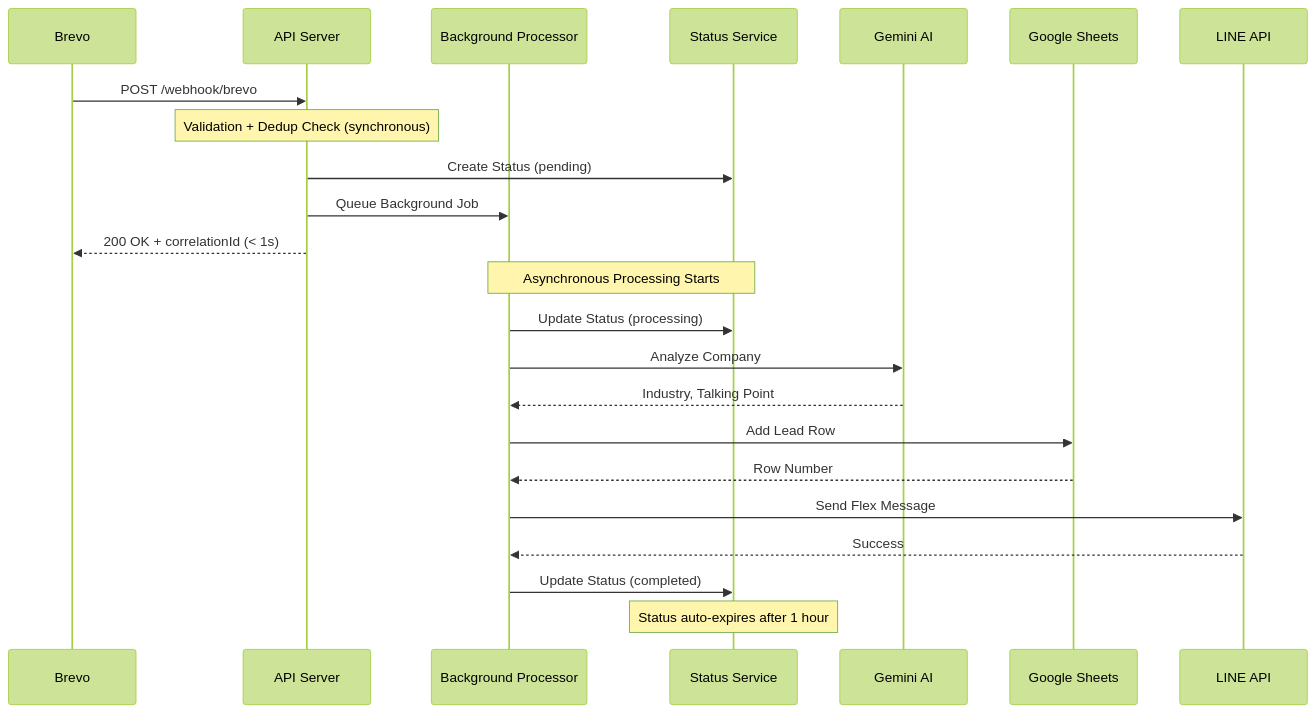
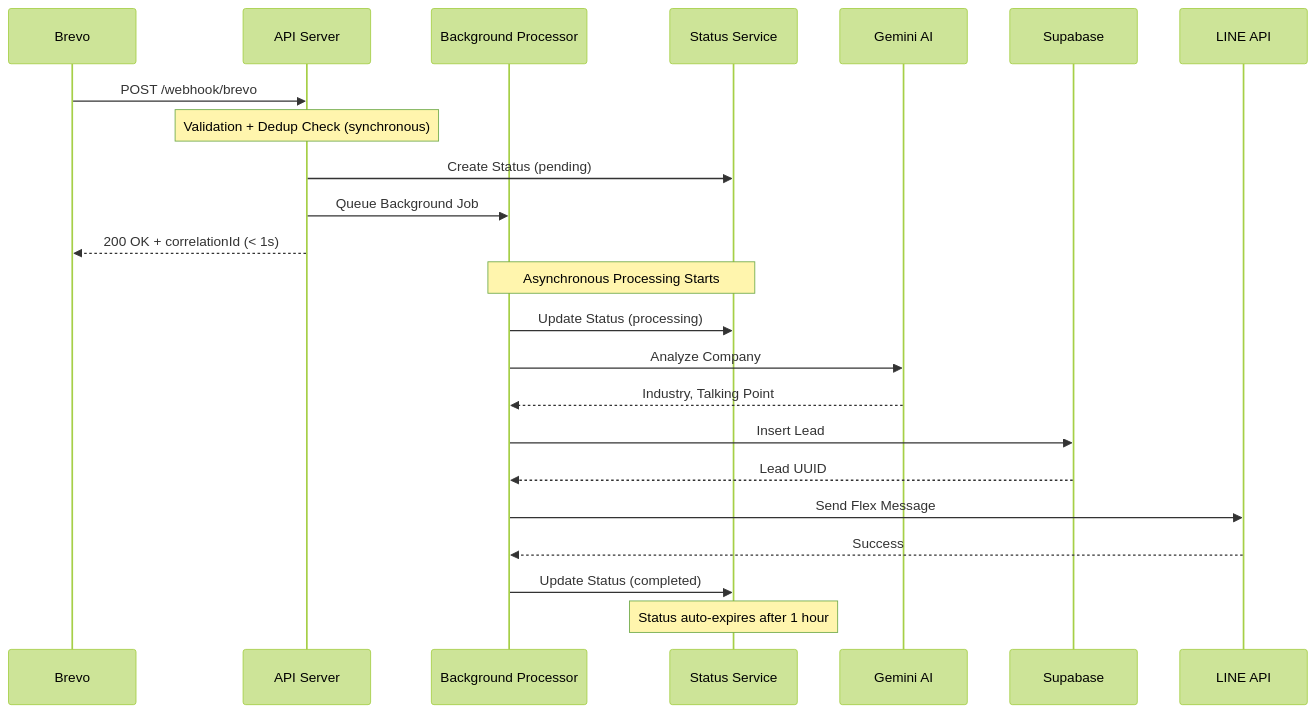
The fifth of 12 diagrams in docs/ARCHITECTURE.md (Jirawatpyk/ENEOS-Sales-Automation), drawn with Mermaid (forest theme) before and after one commit. The commit also changed other lines of this file and 40 other files, not shown here.

First line of the commit message:
feat: cleanup Google Sheets dependencies + update all docs to Supabase (Story 9-4)

````diff
--- a/docs/ARCHITECTURE.md
+++ b/docs/ARCHITECTURE.md
@@ -194,33 +196,33 @@
 ```mermaid
 sequenceDiagram
     participant B as Brevo
     participant API as API Server
     participant BG as Background Processor
     participant Status as Status Service
     participant AI as Gemini AI
-    participant S as Google Sheets
+    participant S as Supabase
     participant L as LINE API
 
     B->>API: POST /webhook/brevo
     Note over API: Validation + Dedup Check (synchronous)
 
     API->>Status: Create Status (pending)
     API->>BG: Queue Background Job
     API-->>B: 200 OK + correlationId (< 1s)
 
     Note over BG,Status: Asynchronous Processing Starts
 
     BG->>Status: Update Status (processing)
     BG->>AI: Analyze Company
     AI-->>BG: Industry, Talking Point
 
-    BG->>S: Add Lead Row
-    S-->>BG: Row Number
+    BG->>S: Insert Lead
+    S-->>BG: Lead UUID
 
     BG->>L: Send Flex Message
     L-->>BG: Success
 
     BG->>Status: Update Status (completed)
 
     Note over Status: Status auto-expires after 1 hour
 ```
````
